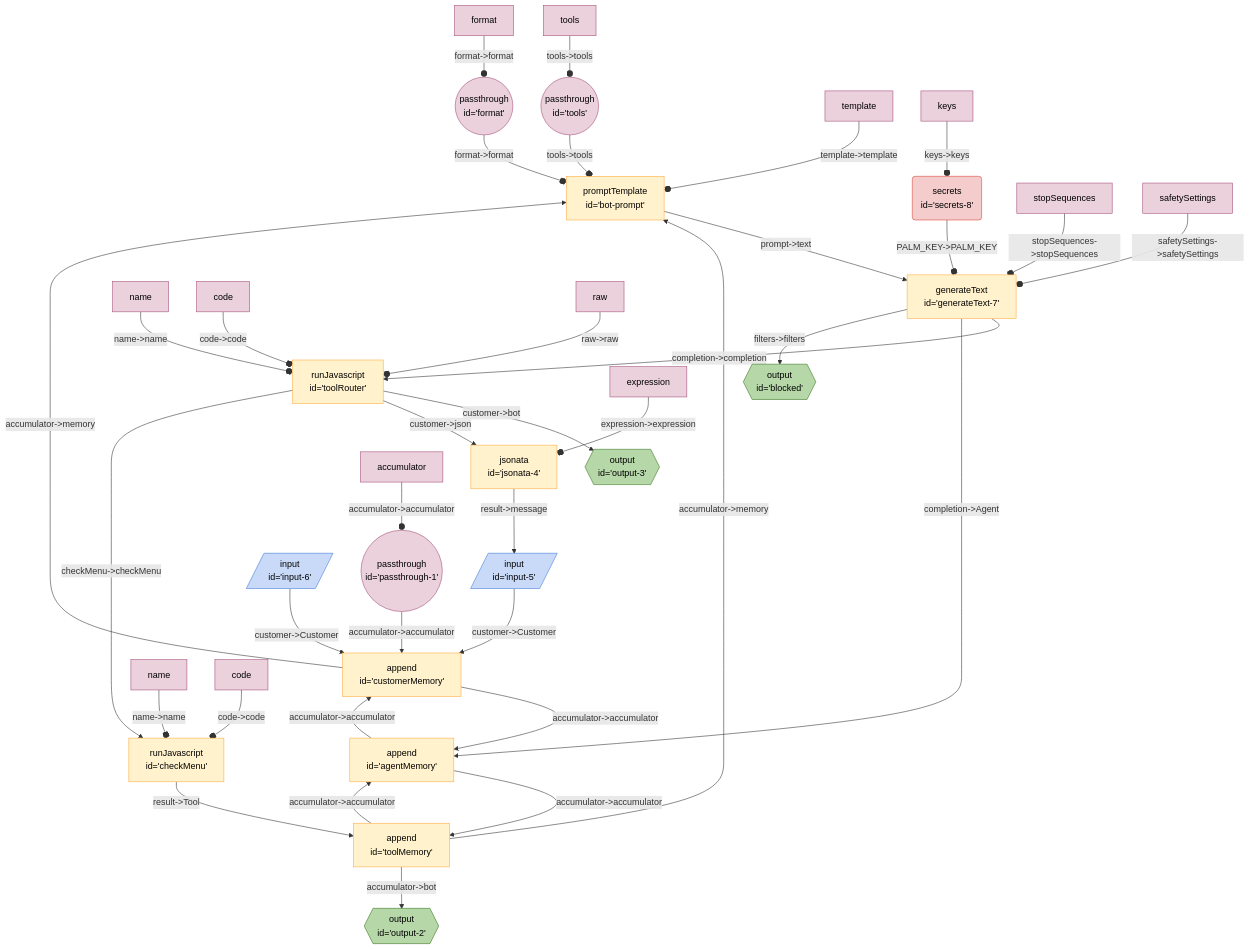
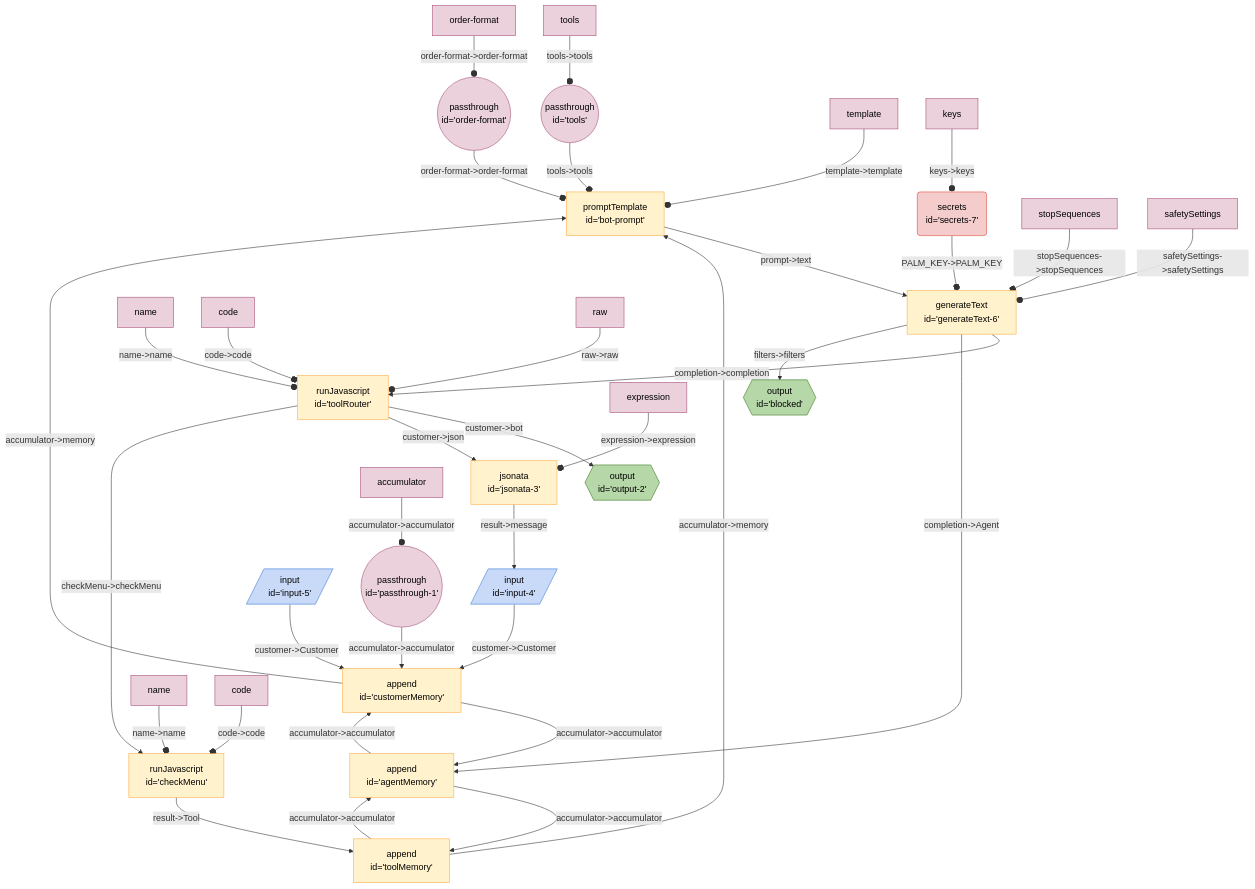
The diagram in seeds/coffe-bot-board/docs/coffee-bot-v2.md (breadboard-ai/breadboard), drawn with Mermaid before and after one commit. The commit also changed 11 other files, not shown here.

First line of the commit message:
[llm-starter] Recognize dashes in `promptTemplate` parameter names.

````diff
--- a/seeds/coffe-bot-board/docs/coffee-bot-v2.md
+++ b/seeds/coffe-bot-board/docs/coffee-bot-v2.md
@@ -3,47 +3,46 @@
 ```mermaid
 %%{init: 'themeVariables': { 'fontFamily': 'Fira Code, monospace' }}%%
 graph TD;
 tools(("passthrough <br> id='tools'")):::passthrough -- "tools->tools" --o botprompt["promptTemplate <br> id='bot-prompt'"]
-format(("passthrough <br> id='format'")):::passthrough -- "format->format" --o botprompt["promptTemplate <br> id='bot-prompt'"]
+orderformat(("passthrough <br> id='order-format'")):::passthrough -- "order-format->order-format" --o botprompt["promptTemplate <br> id='bot-prompt'"]
 passthrough1(("passthrough <br> id='passthrough-1'")):::passthrough -- "accumulator->accumulator" --> customerMemory["append <br> id='customerMemory'"]
 customerMemory["append <br> id='customerMemory'"] -- "accumulator->accumulator" --> agentMemory["append <br> id='agentMemory'"]
 agentMemory["append <br> id='agentMemory'"] -- "accumulator->accumulator" --> toolMemory["append <br> id='toolMemory'"]
 agentMemory["append <br> id='agentMemory'"] -- "accumulator->accumulator" --> customerMemory["append <br> id='customerMemory'"]
 toolMemory["append <br> id='toolMemory'"] -- "accumulator->accumulator" --> agentMemory["append <br> id='agentMemory'"]
-toolMemory["append <br> id='toolMemory'"] -- "accumulator->bot" --> output2{{"output <br> id='output-2'"}}:::output
 customerMemory["append <br> id='customerMemory'"] -- "accumulator->memory" --> botprompt["promptTemplate <br> id='bot-prompt'"]
 toolMemory["append <br> id='toolMemory'"] -- "accumulator->memory" --> botprompt["promptTemplate <br> id='bot-prompt'"]
 checkMenu["runJavascript <br> id='checkMenu'"] -- "result->Tool" --> toolMemory["append <br> id='toolMemory'"]
-toolRouter["runJavascript <br> id='toolRouter'"] -- "customer->bot" --> output3{{"output <br> id='output-3'"}}:::output
+toolRouter["runJavascript <br> id='toolRouter'"] -- "customer->bot" --> output2{{"output <br> id='output-2'"}}:::output
+input4[/"input <br> id='input-4'"/]:::input -- "customer->Customer" --> customerMemory["append <br> id='customerMemory'"]
+jsonata3["jsonata <br> id='jsonata-3'"] -- "result->message" --> input4[/"input <br> id='input-4'"/]:::input
+toolRouter["runJavascript <br> id='toolRouter'"] -- "customer->json" --> jsonata3["jsonata <br> id='jsonata-3'"]
+toolRouter["runJavascript <br> id='toolRouter'"] -- "checkMenu->checkMenu" --> checkMenu["runJavascript <br> id='checkMenu'"]
 input5[/"input <br> id='input-5'"/]:::input -- "customer->Customer" --> customerMemory["append <br> id='customerMemory'"]
-jsonata4["jsonata <br> id='jsonata-4'"] -- "result->message" --> input5[/"input <br> id='input-5'"/]:::input
-toolRouter["runJavascript <br> id='toolRouter'"] -- "customer->json" --> jsonata4["jsonata <br> id='jsonata-4'"]
-toolRouter["runJavascript <br> id='toolRouter'"] -- "checkMenu->checkMenu" --> checkMenu["runJavascript <br> id='checkMenu'"]
-input6[/"input <br> id='input-6'"/]:::input -- "customer->Customer" --> customerMemory["append <br> id='customerMemory'"]
-generateText7["generateText <br> id='generateText-7'"] -- "completion->completion" --> toolRouter["runJavascript <br> id='toolRouter'"]
-generateText7["generateText <br> id='generateText-7'"] -- "completion->Agent" --> agentMemory["append <br> id='agentMemory'"]
-generateText7["generateText <br> id='generateText-7'"] -- "filters->filters" --> blocked{{"output <br> id='blocked'"}}:::output
-secrets8("secrets <br> id='secrets-8'"):::secrets -- "PALM_KEY->PALM_KEY" --o generateText7["generateText <br> id='generateText-7'"]
-botprompt["promptTemplate <br> id='bot-prompt'"] -- "prompt->text" --> generateText7["generateText <br> id='generateText-7'"]
+generateText6["generateText <br> id='generateText-6'"] -- "completion->completion" --> toolRouter["runJavascript <br> id='toolRouter'"]
+generateText6["generateText <br> id='generateText-6'"] -- "completion->Agent" --> agentMemory["append <br> id='agentMemory'"]
+generateText6["generateText <br> id='generateText-6'"] -- "filters->filters" --> blocked{{"output <br> id='blocked'"}}:::output
+secrets7("secrets <br> id='secrets-7'"):::secrets -- "PALM_KEY->PALM_KEY" --o generateText6["generateText <br> id='generateText-6'"]
+botprompt["promptTemplate <br> id='bot-prompt'"] -- "prompt->text" --> generateText6["generateText <br> id='generateText-6'"]
 templatebotprompt[template]:::config -- "template->template" --o botprompt
 toolstools[tools]:::config -- "tools->tools" --o tools
-formatformat[format]:::config -- "format->format" --o format
+orderformatorderformat[order-format]:::config -- "order-format->order-format" --o orderformat
 accumulatorpassthrough1[accumulator]:::config -- "accumulator->accumulator" --o passthrough1
 namecheckMenu[name]:::config -- "name->name" --o checkMenu
 codecheckMenu[code]:::config -- "code->code" --o checkMenu
 nametoolRouter[name]:::config -- "name->name" --o toolRouter
 codetoolRouter[code]:::config -- "code->code" --o toolRouter
 rawtoolRouter[raw]:::config -- "raw->raw" --o toolRouter
-expressionjsonata4[expression]:::config -- "expression->expression" --o jsonata4
-stopSequencesgenerateText7[stopSequences]:::config -- "stopSequences->stopSequences" --o generateText7
-safetySettingsgenerateText7[safetySettings]:::config -- "safetySettings->safetySettings" --o generateText7
-keyssecrets8[keys]:::config -- "keys->keys" --o secrets8
+expressionjsonata3[expression]:::config -- "expression->expression" --o jsonata3
+stopSequencesgenerateText6[stopSequences]:::config -- "stopSequences->stopSequences" --o generateText6
+safetySettingsgenerateText6[safetySettings]:::config -- "safetySettings->safetySettings" --o generateText6
+keyssecrets7[keys]:::config -- "keys->keys" --o secrets7
 classDef default stroke:#ffab40,fill:#fff2ccff,color:#000
 classDef input stroke:#3c78d8,fill:#c9daf8ff,color:#000
 classDef output stroke:#38761d,fill:#b6d7a8ff,color:#000
 classDef passthrough stroke:#a64d79,fill:#ead1dcff,color:#000
 classDef slot stroke:#a64d79,fill:#ead1dcff,color:#000
 classDef config stroke:#a64d79,fill:#ead1dcff,color:#000
 classDef secrets stroke:#db4437,fill:#f4cccc,color:#000
 classDef slotted stroke:#a64d79
 ```
````
